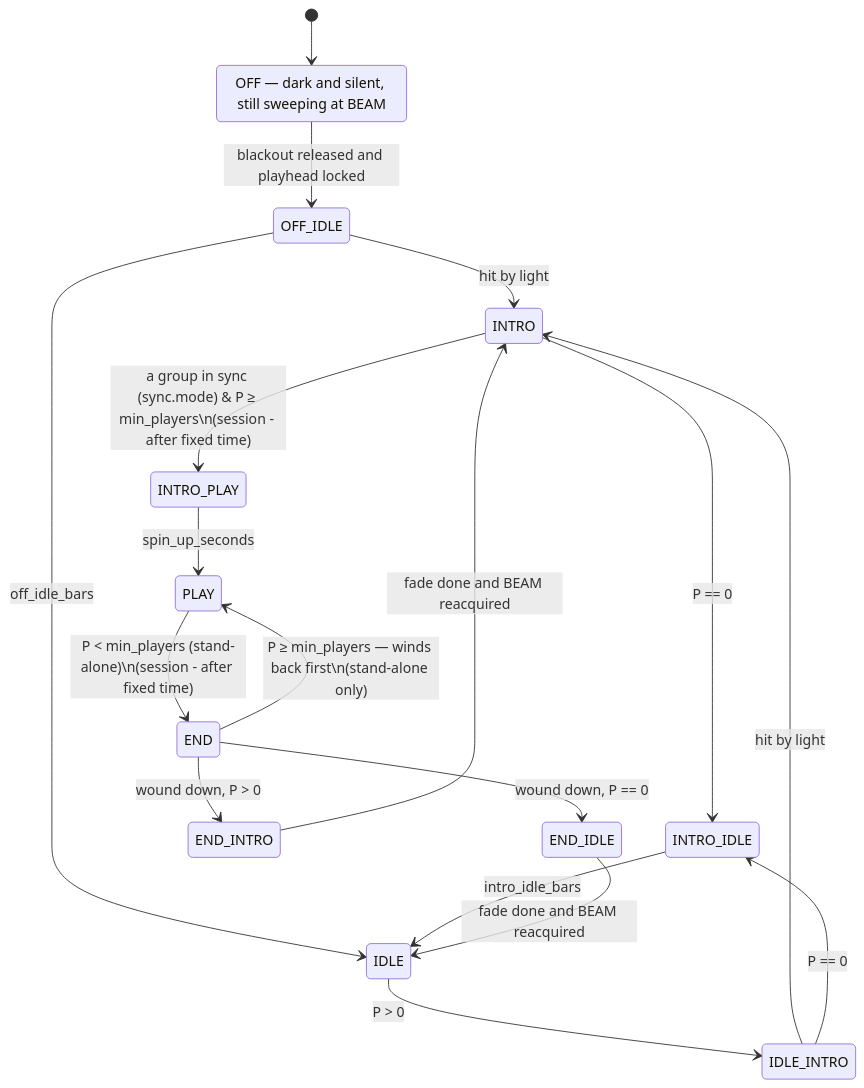
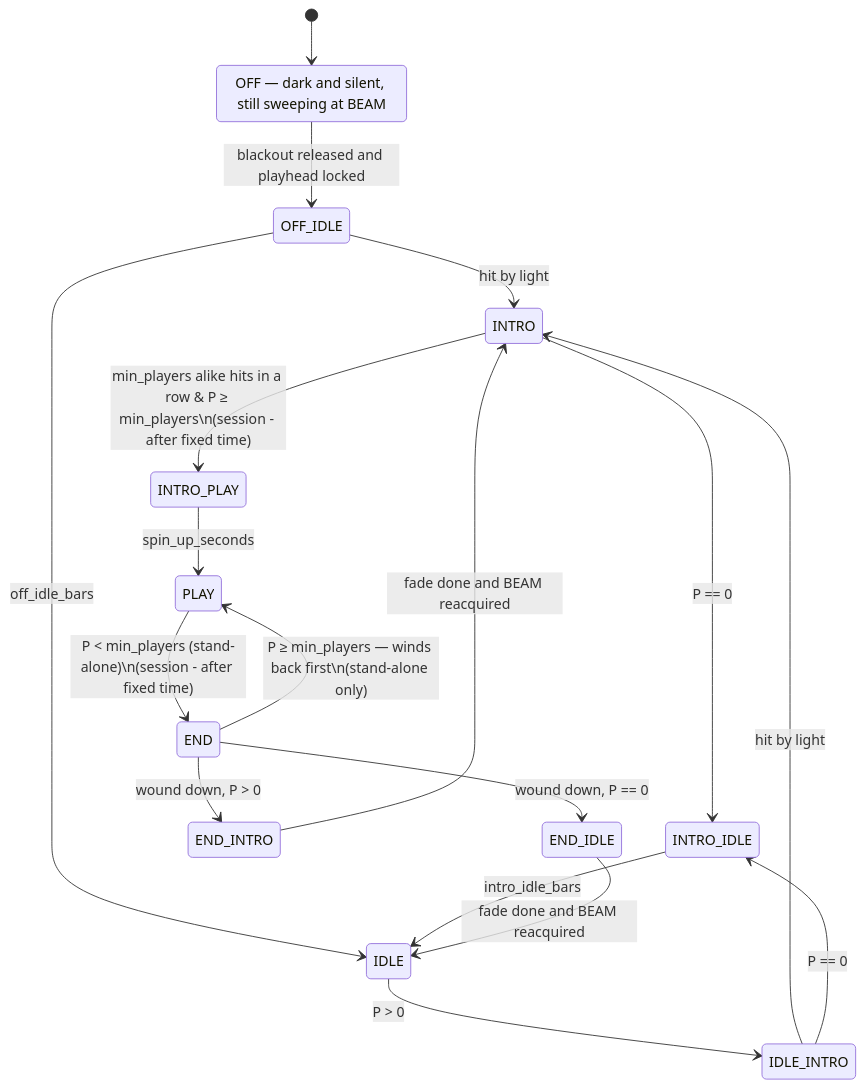
Before and after one commit to moostrik/Poser2: the diagram in apps/white_space/docs/STATES.md, drawn with Mermaid. The commit also changed other lines of this file and 19 other files, not shown here.

````diff
--- a/apps/white_space/docs/STATES.md
+++ b/apps/white_space/docs/STATES.md
@@ -58,21 +62,21 @@
 ```mermaid
 stateDiagram-v2
     [*] --> OFF
     OFF: OFF — dark and silent, still sweeping at BEAM
     OFF --> OFF_IDLE: blackout released and playhead locked
     OFF_IDLE --> INTRO: hit by light
     OFF_IDLE --> IDLE: off_idle_bars
     IDLE --> IDLE_INTRO: P > 0
     IDLE_INTRO --> INTRO: hit by light
     IDLE_INTRO --> INTRO_IDLE: P == 0
     INTRO --> INTRO_IDLE: P == 0
-    INTRO --> INTRO_PLAY: a group in sync (sync.mode) & P ≥ min_players\n(session - after fixed time)
+    INTRO --> INTRO_PLAY: min_players alike hits in a row & P ≥ min_players\n(session - after fixed time)
     INTRO_IDLE --> IDLE: intro_idle_bars
     INTRO_PLAY --> PLAY: spin_up_seconds
     PLAY --> END: P < min_players (stand-alone)\n(session - after fixed time)
     END --> PLAY: P ≥ min_players — winds back first\n(stand-alone only)
     END --> END_INTRO: wound down, P > 0
     END --> END_IDLE: wound down, P == 0
     END_INTRO --> INTRO: fade done and BEAM reacquired
     END_IDLE --> IDLE: fade done and BEAM reacquired
 ```
````
